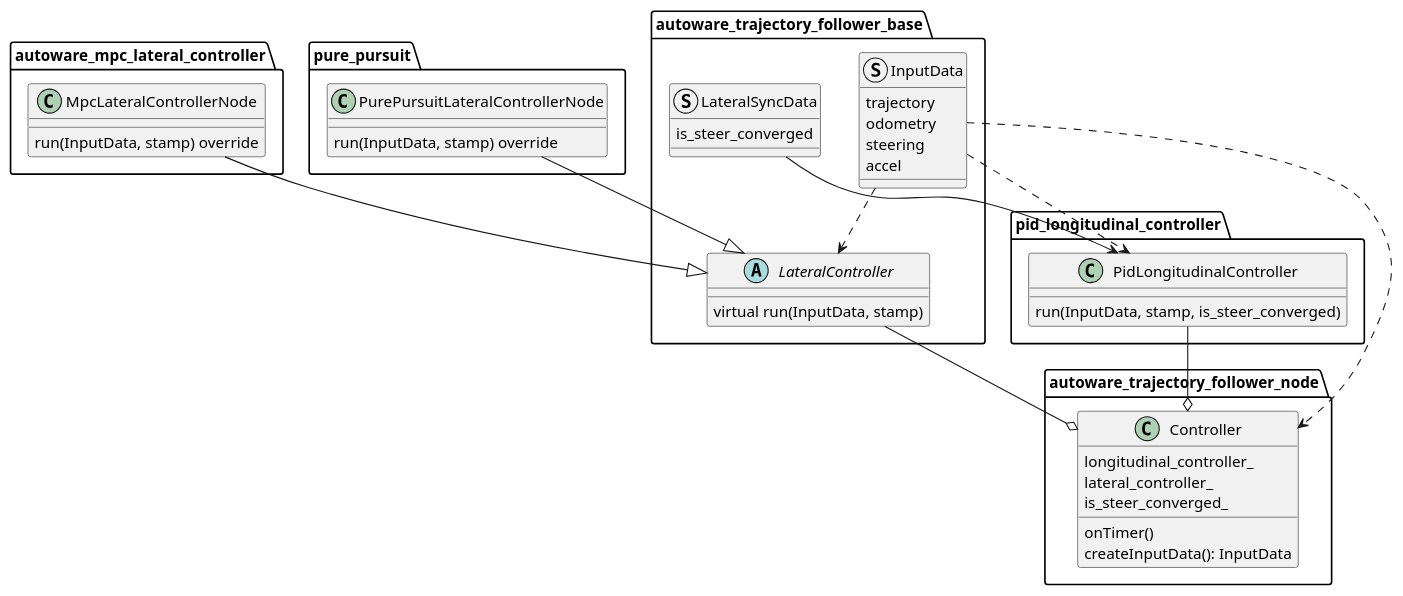
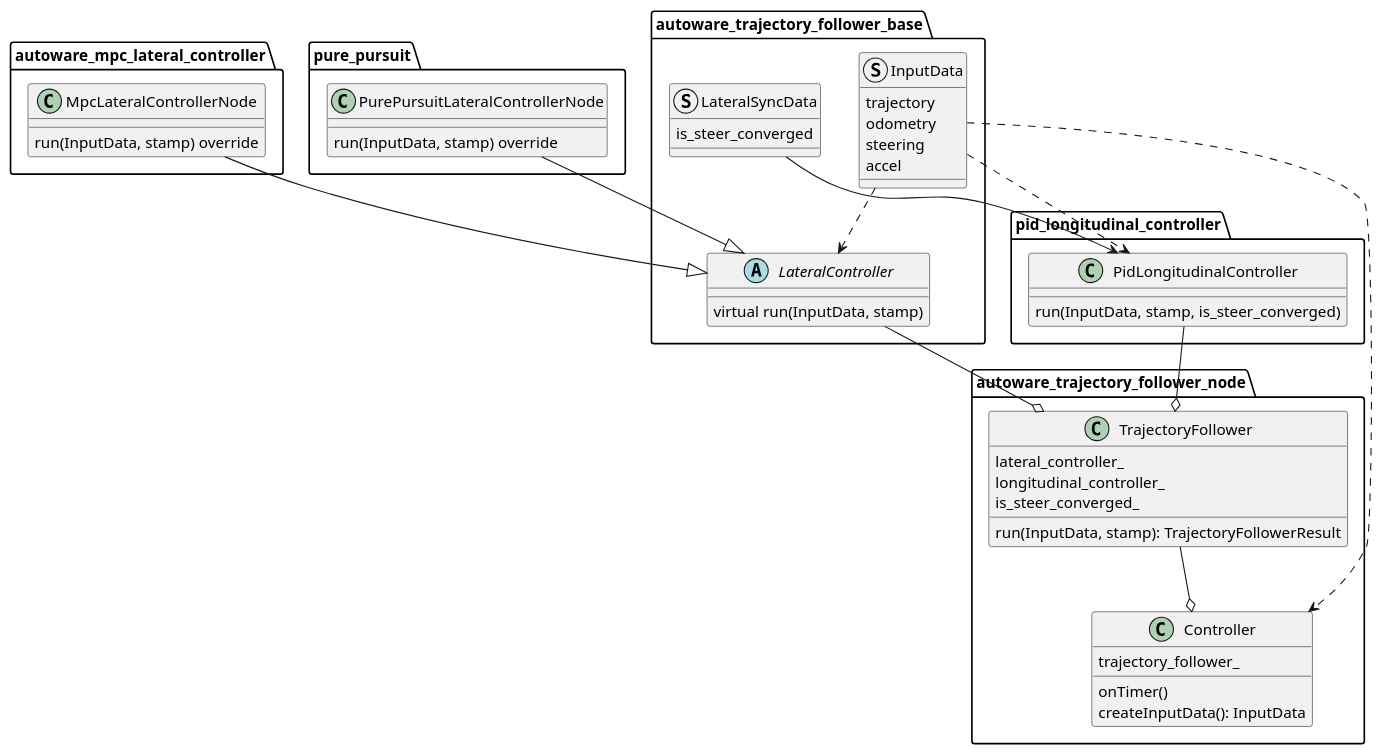
One commit to interimadd/autoware_universe changed the diagram in control/autoware_trajectory_follower_node/README.md. Above: the diagram before and after it, drawn with PlantUML. The commit also changed other lines of this file, not shown here.

First line of the commit message:
docs(autoware_trajectory_follower_node): describe TrajectoryFollower

````diff
--- a/control/autoware_trajectory_follower_node/README.md
+++ b/control/autoware_trajectory_follower_node/README.md
@@ -13,56 +13,61 @@
 ```plantuml
 @startuml
 package autoware_trajectory_follower_base {
 abstract class LateralController {
 virtual run(InputData, stamp)
 }
 
 struct InputData {
 trajectory
 odometry
 steering
 accel
 }
 struct LateralSyncData {
 is_steer_converged
 }
 }
 
 package autoware_mpc_lateral_controller {
 class MpcLateralControllerNode {
 run(InputData, stamp) override
 }
 }
 package pure_pursuit {
 class PurePursuitLateralControllerNode {
 run(InputData, stamp) override
 }
 }
 package pid_longitudinal_controller {
 class PidLongitudinalController {
 run(InputData, stamp, is_steer_converged)
 }
 }
 
 package autoware_trajectory_follower_node {
+class TrajectoryFollower {
+lateral_controller_
+longitudinal_controller_
+is_steer_converged_
+run(InputData, stamp): TrajectoryFollowerResult
+}
 class Controller {
-longitudinal_controller_
-lateral_controller_
-is_steer_converged_
+trajectory_follower_
 onTimer()
 createInputData(): InputData
 }
 }
 
 MpcLateralControllerNode --|> LateralController
 PurePursuitLateralControllerNode --|> LateralController
 
 LateralSyncData --> PidLongitudinalController
 InputData ..> LateralController
 InputData ..> PidLongitudinalController
 
-LateralController --o Controller
-PidLongitudinalController --o Controller
+LateralController --o TrajectoryFollower
+PidLongitudinalController --o TrajectoryFollower
+TrajectoryFollower --o Controller
 InputData ..> Controller
 @enduml
 ```
````
